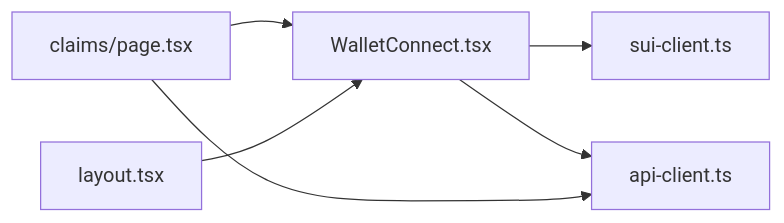
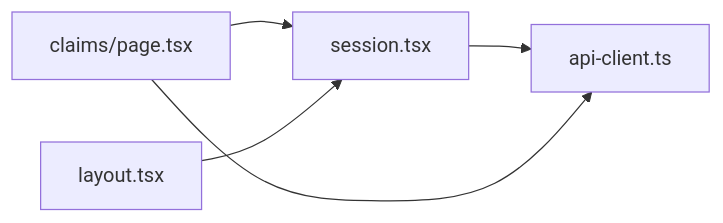
The sixth of 6 diagrams in .qoder/repowiki/en/content/Frontend Application/Wallet Connectivity & Blockchain Integration.md (hieudepoet/Insurix), drawn with Mermaid before and after one commit. The commit also changed other lines of this file and 63 other files, not shown here.

````diff
--- a/.qoder/repowiki/en/content/Frontend Application/Wallet Connectivity & Blockchain Integration.md
+++ b/.qoder/repowiki/en/content/Frontend Application/Wallet Connectivity & Blockchain Integration.md
@@ -244,8 +211,7 @@
 ```mermaid
 graph LR
-WC["WalletConnect.tsx"] --> SC["sui-client.ts"]
-WC --> AC["api-client.ts"]
-CP["claims/page.tsx"] --> WC
+SM["session.tsx"] --> AC["api-client.ts"]
+CP["claims/page.tsx"] --> SM
 CP --> AC
-LYT["layout.tsx"] --> WC
+LYT["layout.tsx"] --> SM
 ```
````
